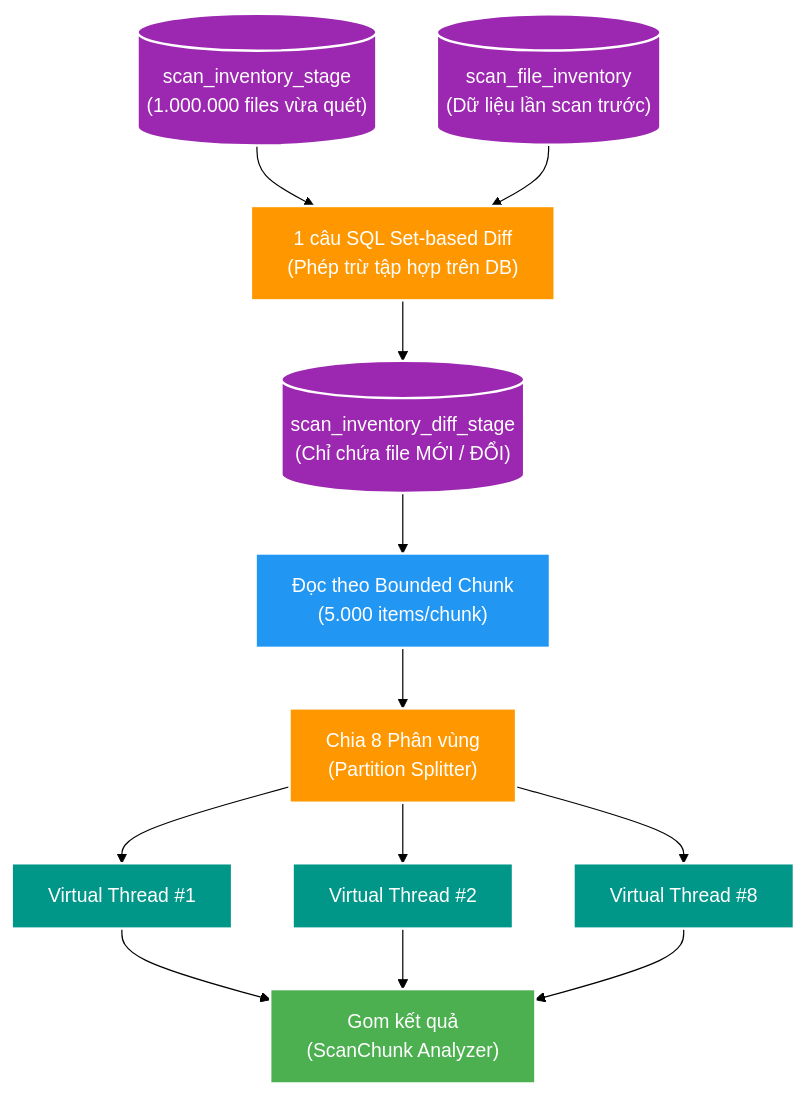
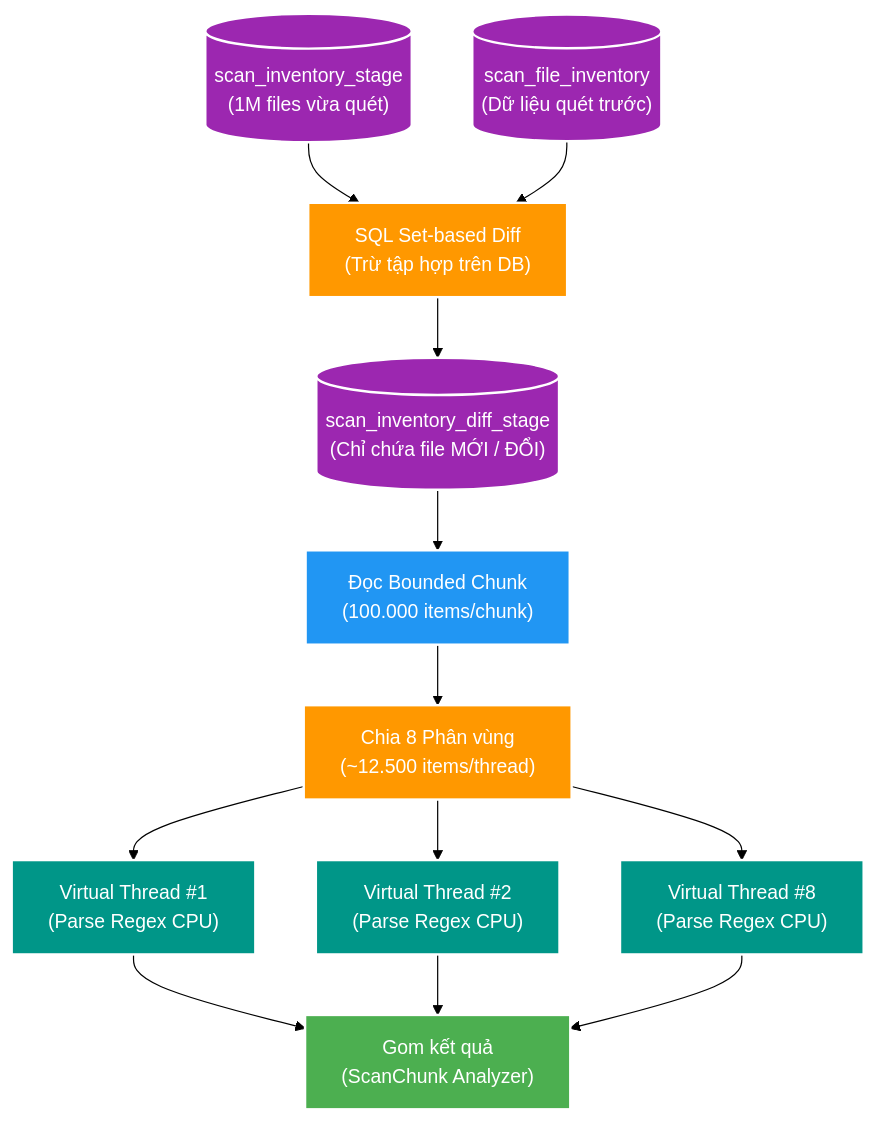
Before and after one commit to HungPhan200591/file-mngt-be-v2: the fourth of 6 diagrams in manual/learning/use-cases/scale-capacity/sc-01-scan-one-million-filesystem-entry/references/deep-dive-scan-preview-pipeline-under-30s.md, drawn with Mermaid (forest theme). The commit also changed other lines of this file, not shown here.

Commit message:
refactor(documentation): enhance clarity and detail in deep dive scan preview pipeline documentation

````diff
--- a/manual/learning/use-cases/scale-capacity/sc-01-scan-one-million-filesystem-entry/references/deep-dive-scan-preview-pipeline-under-30s.md
+++ b/manual/learning/use-cases/scale-capacity/sc-01-scan-one-million-filesystem-entry/references/deep-dive-scan-preview-pipeline-under-30s.md
@@ -278,30 +280,30 @@
 ```mermaid
 flowchart TD
-    STAGE[("scan_inventory_stage<br/>(1.000.000 files vừa quét)")]
-    INV[("scan_file_inventory<br/>(Dữ liệu lần scan trước)")]
+    STAGE[("scan_inventory_stage<br/>(1M files vừa quét)")]
+    INV[("scan_file_inventory<br/>(Dữ liệu quét trước)")]
     
-    STAGE & INV --> SQL_DIFF["1 câu SQL Set-based Diff<br/>(Phép trừ tập hợp trên DB)"]
+    STAGE & INV --> SQL_DIFF["SQL Set-based Diff<br/>(Trừ tập hợp trên DB)"]
     
     SQL_DIFF --> DIFF_TABLE[("scan_inventory_diff_stage<br/>(Chỉ chứa file MỚI / ĐỔI)")]
     
-    DIFF_TABLE --> CHUNK_READ["Đọc theo Bounded Chunk<br/>(5.000 items/chunk)"]
+    DIFF_TABLE --> CHUNK_READ["Đọc Bounded Chunk<br/>(100.000 items/chunk)"]
     
-    CHUNK_READ --> SPLIT["Chia 8 Phân vùng<br/>(Partition Splitter)"]
+    CHUNK_READ --> SPLIT["Chia 8 Phân vùng<br/>(~12.500 items/thread)"]
     
-    SPLIT --> V1["Virtual Thread #1"]
-    SPLIT --> V2["Virtual Thread #2"]
-    SPLIT --> V8["Virtual Thread #8"]
+    SPLIT --> V1["Virtual Thread #1<br/>(Parse Regex CPU)"]
+    SPLIT --> V2["Virtual Thread #2<br/>(Parse Regex CPU)"]
+    SPLIT --> V8["Virtual Thread #8<br/>(Parse Regex CPU)"]
     
     V1 & V2 & V8 --> MERGE["Gom kết quả<br/>(ScanChunk Analyzer)"]
 
     style STAGE fill:#9C27B0,stroke:#fff,stroke-width:2px,color:#fff
     style INV fill:#9C27B0,stroke:#fff,stroke-width:2px,color:#fff
     style SQL_DIFF fill:#FF9800,stroke:#fff,stroke-width:2px,color:#fff
     style DIFF_TABLE fill:#9C27B0,stroke:#fff,stroke-width:2px,color:#fff
     style CHUNK_READ fill:#2196F3,stroke:#fff,stroke-width:2px,color:#fff
     style SPLIT fill:#FF9800,stroke:#fff,stroke-width:2px,color:#fff
     style V1 fill:#009688,stroke:#fff,stroke-width:2px,color:#fff
     style V2 fill:#009688,stroke:#fff,stroke-width:2px,color:#fff
     style V8 fill:#009688,stroke:#fff,stroke-width:2px,color:#fff
     style MERGE fill:#4CAF50,stroke:#fff,stroke-width:2px,color:#fff
 ```
````
